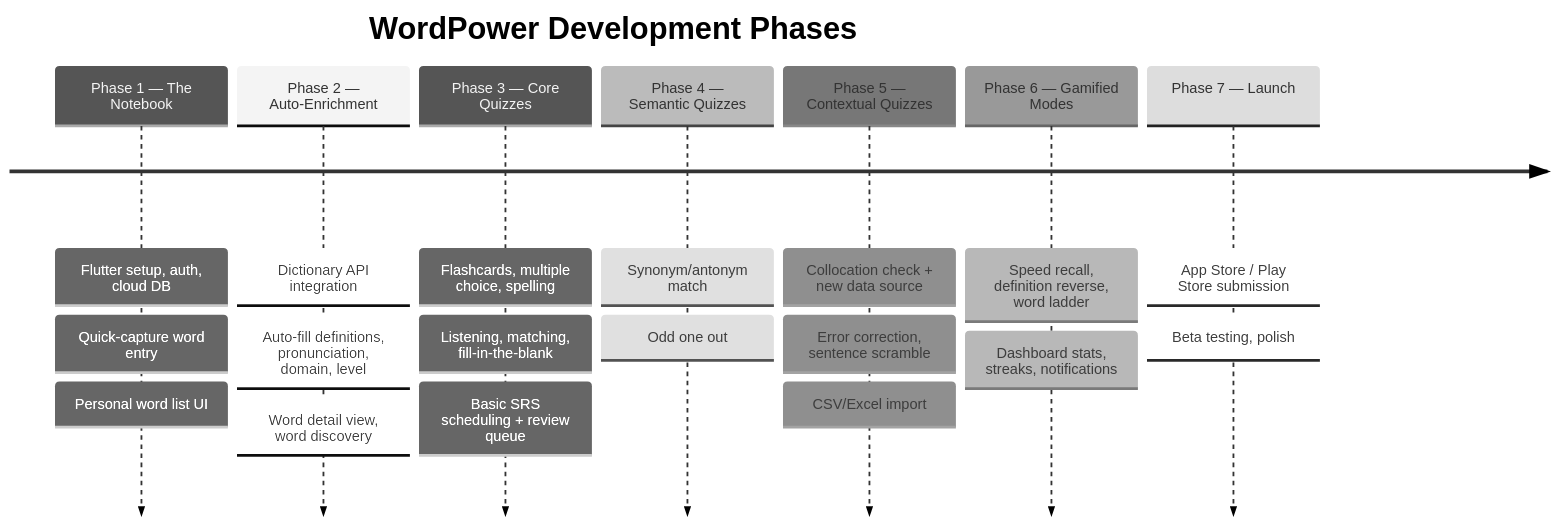
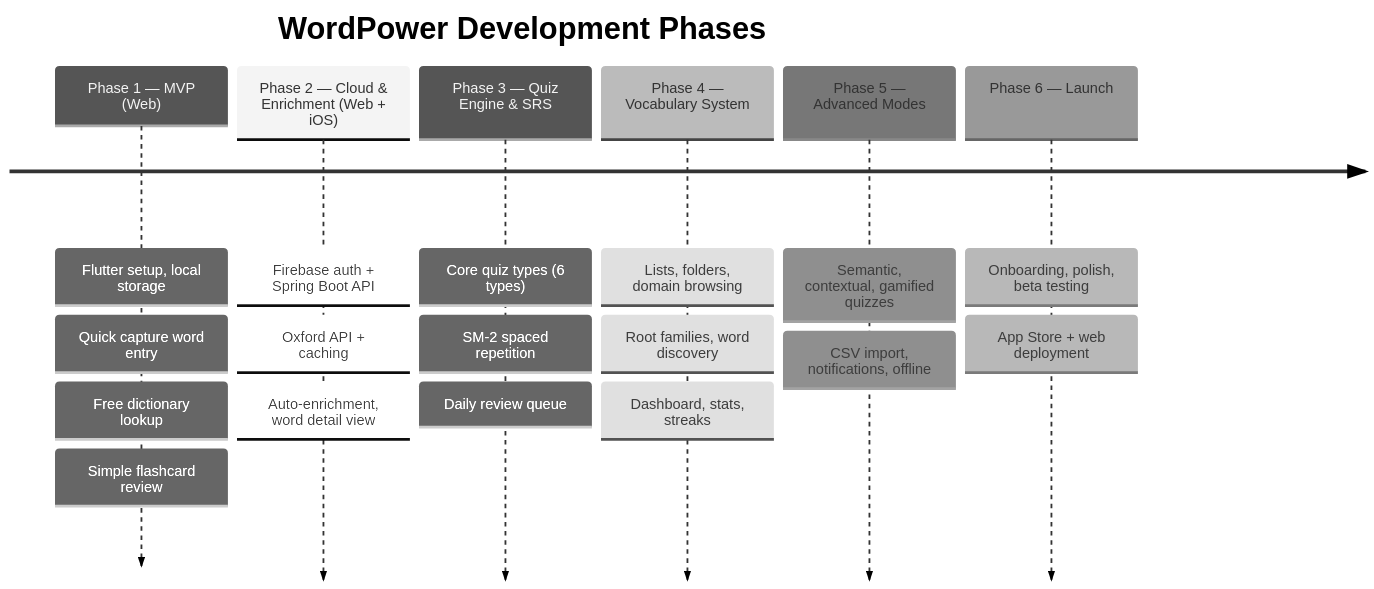
One commit to AnunnakiCosmoCrew/WordPower-docs changed the seventh of 7 diagrams in docs/PROJECT.md. Above: the diagram before and after it, drawn with Mermaid (neutral theme). The commit also changed other lines of this file and 1 other file, not shown here.

First line of the commit message:
Update project plan: new tech stack, platform strategy, and 6-phase milestones

````diff
--- a/docs/PROJECT.md
+++ b/docs/PROJECT.md
@@ -561,22 +700,21 @@
 ```mermaid
 timeline
     title WordPower Development Phases
-    Phase 1 — The Notebook : Flutter setup, auth, cloud DB
-                            : Quick-capture word entry
-                            : Personal word list UI
-    Phase 2 — Auto-Enrichment : Dictionary API integration
-                               : Auto-fill definitions, pronunciation, domain, level
-                               : Word detail view, word discovery
-    Phase 3 — Core Quizzes : Flashcards, multiple choice, spelling
-                            : Listening, matching, fill-in-the-blank
-                            : Basic SRS scheduling + review queue
-    Phase 4 — Semantic Quizzes : Synonym/antonym match
-                                : Odd one out
-    Phase 5 — Contextual Quizzes : Collocation check + new data source
-                                  : Error correction, sentence scramble
-                                  : CSV/Excel import
-    Phase 6 — Gamified Modes : Speed recall, definition reverse, word ladder
-                              : Dashboard stats, streaks, notifications
-    Phase 7 — Launch : App Store / Play Store submission
-                      : Beta testing, polish
+    Phase 1 — MVP (Web) : Flutter setup, local storage
+                        : Quick capture word entry
+                        : Free dictionary lookup
+                        : Simple flashcard review
+    Phase 2 — Cloud & Enrichment (Web + iOS) : Firebase auth + Spring Boot API
+                                              : Oxford API + caching
+                                              : Auto-enrichment, word detail view
+    Phase 3 — Quiz Engine & SRS : Core quiz types (6 types)
+                                : SM-2 spaced repetition
+                                : Daily review queue
+    Phase 4 — Vocabulary System : Lists, folders, domain browsing
+                                : Root families, word discovery
+                                : Dashboard, stats, streaks
+    Phase 5 — Advanced Modes : Semantic, contextual, gamified quizzes
+                              : CSV import, notifications, offline
+    Phase 6 — Launch : Onboarding, polish, beta testing
+                     : App Store + web deployment
 ```
````
